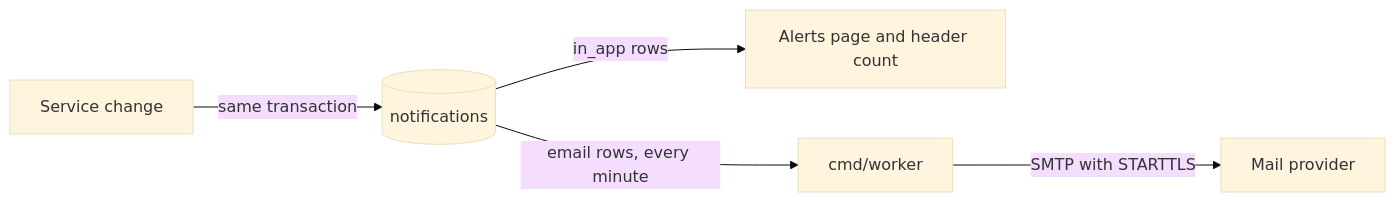
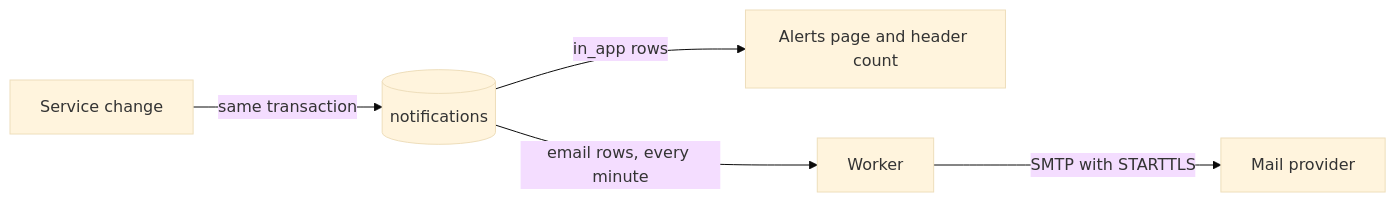
The second of 2 diagrams in docs/architecture.md (HasithaErandika/df-ipam), drawn with Mermaid (base theme) before and after one commit. The commit also changed other lines of this file and 12 other files, not shown here.

````diff
--- a/docs/architecture.md
+++ b/docs/architecture.md
@@ -96,7 +98,7 @@
 ```mermaid
 flowchart LR
   S[Service change] -->|same transaction| N[(notifications)]
   N -->|in_app rows| UI[Alerts page and header count]
-  N -->|email rows, every minute| W[cmd/worker]
+  N -->|email rows, every minute| W[Worker]
   W -->|SMTP with STARTTLS| M[Mail provider]
 ```
````
